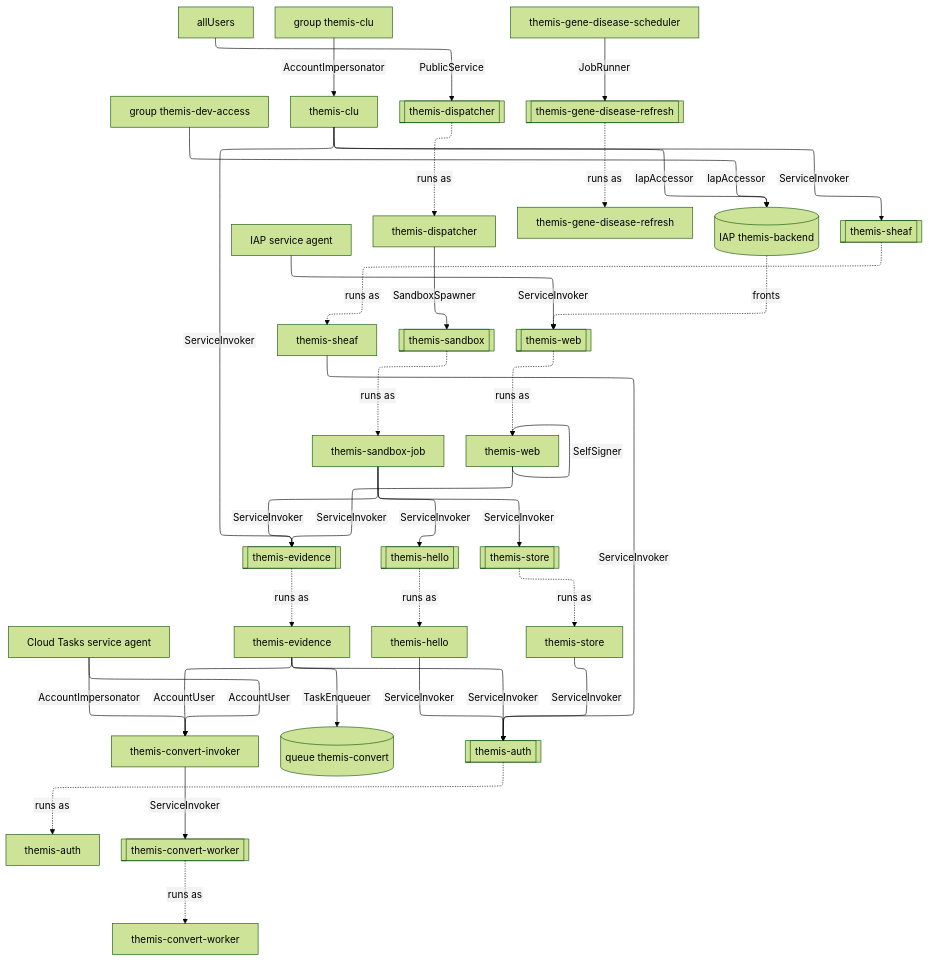
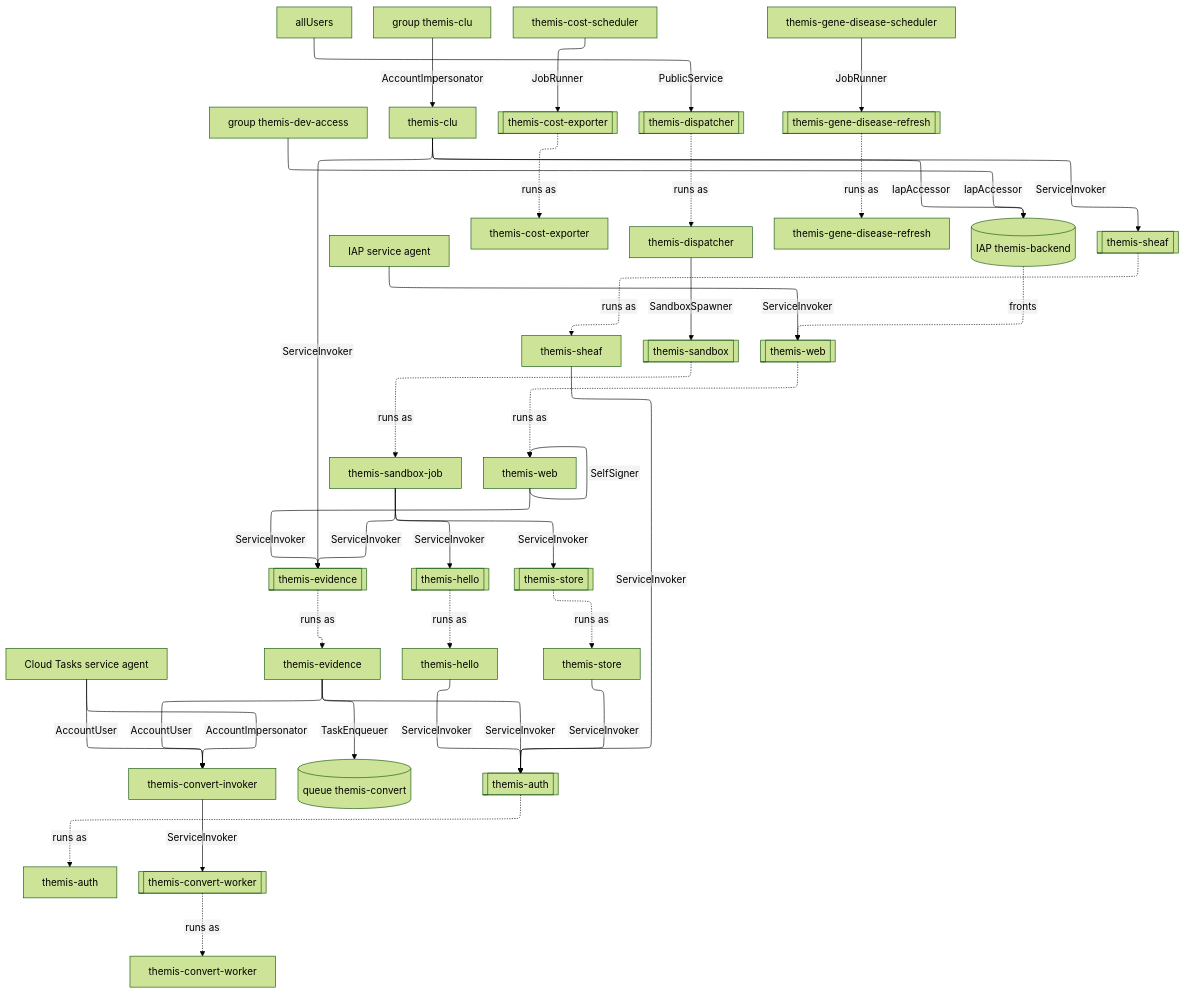
Before and after one commit to populationgenomics/themis: the diagram in docs/design/grants/calls.mmd, drawn with Mermaid (forest theme). The commit also changed 34 other files, not shown here.

```diff
--- a/docs/design/grants/calls.mmd
+++ b/docs/design/grants/calls.mmd
@@ -1,66 +1,71 @@
 %%{init: {"layout": "elk", "elk": {"mergeEdges": true, "nodePlacementStrategy": "NETWORK_SIMPLEX"}, "htmlLabels": false, "flowchart": {"htmlLabels": false, "wrappingWidth": 320}}}%%
 flowchart TB
     n0["Cloud Tasks service agent"]
     n1["IAP service agent"]
     n2["allUsers"]
     n3["group themis-clu"]
     n4["group themis-dev-access"]
     n5["themis-auth"]
     n6["themis-clu"]
     n7["themis-convert-invoker"]
     n8["themis-convert-worker"]
-    n9["themis-dispatcher"]
-    n10["themis-evidence"]
-    n11["themis-gene-disease-refresh"]
-    n12["themis-gene-disease-scheduler"]
-    n13["themis-hello"]
-    n14["themis-sandbox-job"]
-    n15["themis-sheaf"]
-    n16["themis-store"]
-    n17["themis-web"]
-    n18[("IAP themis-backend")]
-    n19[("queue themis-convert")]
-    n20[["themis-auth"]]
-    n21[["themis-convert-worker"]]
-    n22[["themis-dispatcher"]]
-    n23[["themis-evidence"]]
-    n24[["themis-gene-disease-refresh"]]
-    n25[["themis-hello"]]
-    n26[["themis-sandbox"]]
-    n27[["themis-sheaf"]]
-    n28[["themis-store"]]
-    n29[["themis-web"]]
+    n9["themis-cost-exporter"]
+    n10["themis-cost-scheduler"]
+    n11["themis-dispatcher"]
+    n12["themis-evidence"]
+    n13["themis-gene-disease-refresh"]
+    n14["themis-gene-disease-scheduler"]
+    n15["themis-hello"]
+    n16["themis-sandbox-job"]
+    n17["themis-sheaf"]
+    n18["themis-store"]
+    n19["themis-web"]
+    n20[("IAP themis-backend")]
+    n21[("queue themis-convert")]
+    n22[["themis-auth"]]
+    n23[["themis-convert-worker"]]
+    n24[["themis-cost-exporter"]]
+    n25[["themis-dispatcher"]]
+    n26[["themis-evidence"]]
+    n27[["themis-gene-disease-refresh"]]
+    n28[["themis-hello"]]
+    n29[["themis-sandbox"]]
+    n30[["themis-sheaf"]]
+    n31[["themis-store"]]
+    n32[["themis-web"]]
     n0 -->|AccountImpersonator| n7
     n0 -->|AccountUser| n7
-    n1 -->|ServiceInvoker| n29
-    n2 -->|PublicService| n22
+    n1 -->|ServiceInvoker| n32
+    n2 -->|PublicService| n25
     n3 -->|AccountImpersonator| n6
-    n4 -->|IapAccessor| n18
-    n6 -->|IapAccessor| n18
-    n6 -->|ServiceInvoker| n23
-    n6 -->|ServiceInvoker| n27
-    n7 -->|ServiceInvoker| n21
-    n9 -->|SandboxSpawner| n26
-    n10 -->|AccountUser| n7
-    n10 -->|ServiceInvoker| n20
-    n10 -->|TaskEnqueuer| n19
-    n12 -->|JobRunner| n24
-    n13 -->|ServiceInvoker| n20
-    n14 -->|ServiceInvoker| n23
-    n14 -->|ServiceInvoker| n25
-    n14 -->|ServiceInvoker| n28
-    n15 -->|ServiceInvoker| n20
-    n16 -->|ServiceInvoker| n20
-    n17 -->|SelfSigner| n17
-    n17 -->|ServiceInvoker| n23
-    n18 -. fronts .-> n29
-    n20 -. runs as .-> n5
-    n21 -. runs as .-> n8
-    n22 -. runs as .-> n9
-    n23 -. runs as .-> n10
-    n24 -. runs as .-> n11
-    n25 -. runs as .-> n13
-    n26 -. runs as .-> n14
-    n27 -. runs as .-> n15
-    n28 -. runs as .-> n16
-    n29 -. runs as .-> n17
+    n4 -->|IapAccessor| n20
+    n6 -->|IapAccessor| n20
+    n6 -->|ServiceInvoker| n26
+    n6 -->|ServiceInvoker| n30
+    n7 -->|ServiceInvoker| n23
+    n10 -->|JobRunner| n24
+    n11 -->|SandboxSpawner| n29
+    n12 -->|AccountUser| n7
+    n12 -->|ServiceInvoker| n22
+    n12 -->|TaskEnqueuer| n21
+    n14 -->|JobRunner| n27
+    n15 -->|ServiceInvoker| n22
+    n16 -->|ServiceInvoker| n26
+    n16 -->|ServiceInvoker| n28
+    n16 -->|ServiceInvoker| n31
+    n17 -->|ServiceInvoker| n22
+    n18 -->|ServiceInvoker| n22
+    n19 -->|SelfSigner| n19
+    n19 -->|ServiceInvoker| n26
+    n20 -. fronts .-> n32
+    n22 -. runs as .-> n5
+    n23 -. runs as .-> n8
+    n24 -. runs as .-> n9
+    n25 -. runs as .-> n11
+    n26 -. runs as .-> n12
+    n27 -. runs as .-> n13
+    n28 -. runs as .-> n15
+    n29 -. runs as .-> n16
+    n30 -. runs as .-> n17
+    n31 -. runs as .-> n18
+    n32 -. runs as .-> n19
```
